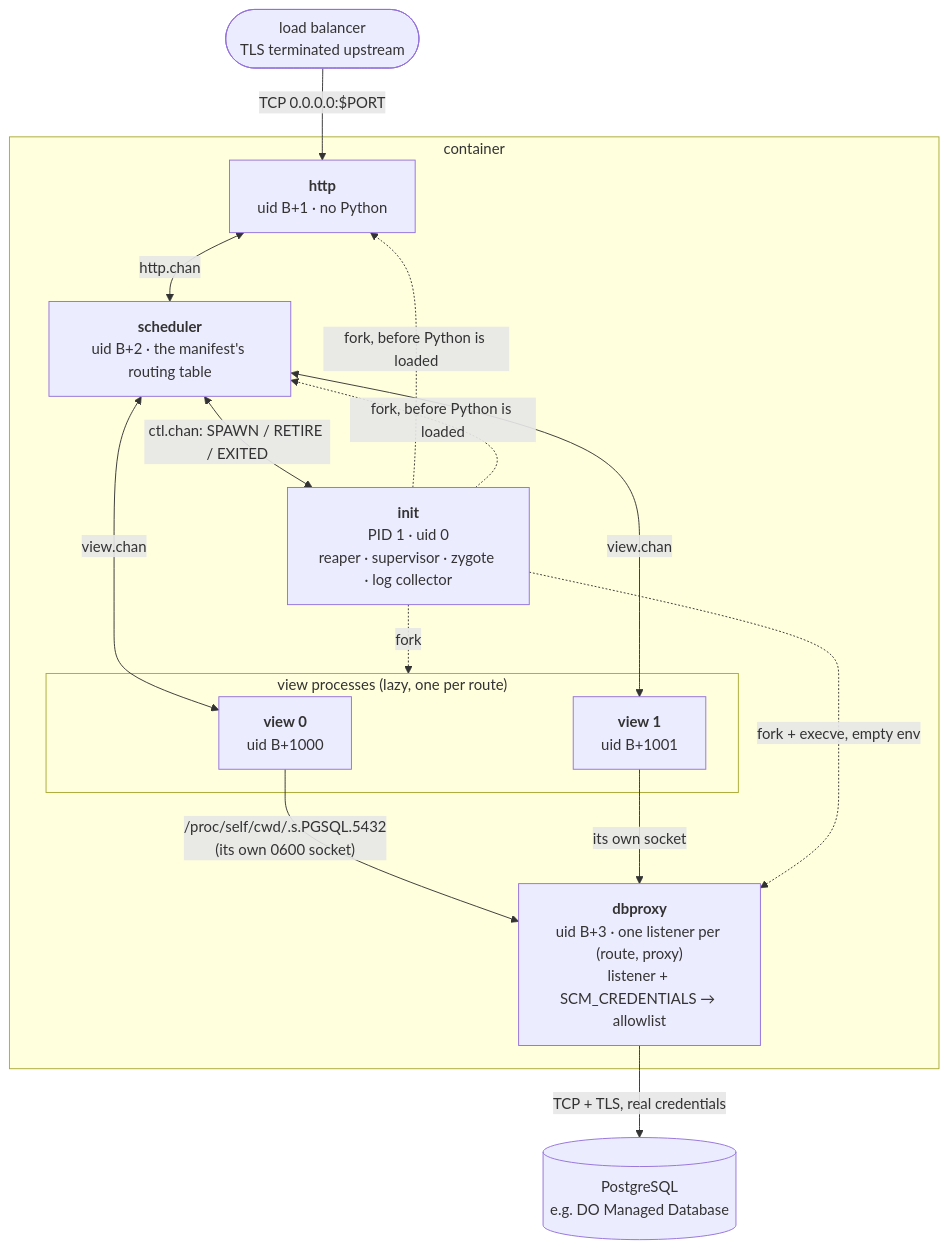
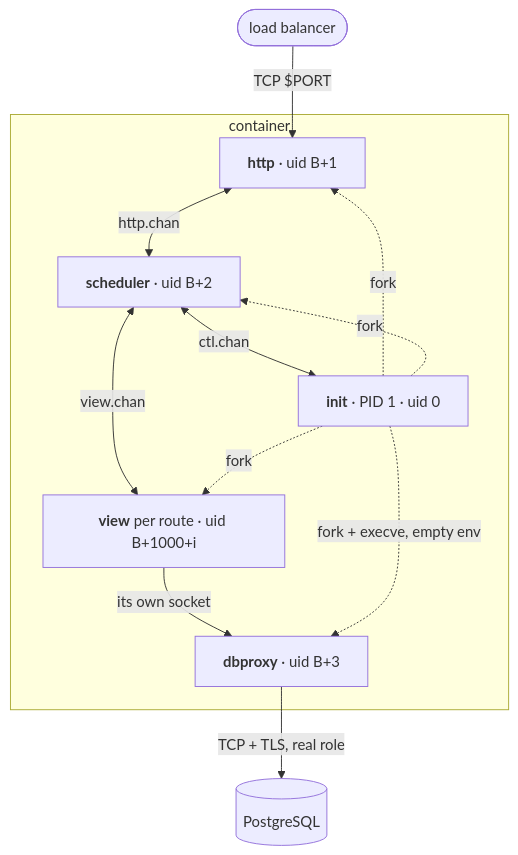
One commit to OffworldNexus/blastit changed the first of 2 diagrams in docs/how-it-works.md. Above: the diagram before and after it, drawn with Mermaid. The commit also changed other lines of this file and 6 other files, not shown here.

````diff
--- a/docs/how-it-works.md
+++ b/docs/how-it-works.md
@@ -26,30 +16,25 @@
 ```mermaid
 flowchart TB
-    lb(["load balancer<br/>TLS terminated upstream"])
-    pg[("PostgreSQL<br/>e.g. DO Managed Database")]
+    lb(["load balancer"])
+    pg[("PostgreSQL")]
 
     subgraph container["container"]
-        init["<b>init</b><br/>PID 1 · uid 0<br/>reaper · supervisor · zygote · log collector"]
-        http["<b>http</b><br/>uid B+1 · no Python"]
-        sched["<b>scheduler</b><br/>uid B+2 · the manifest's routing table"]
-        subgraph views["view processes (lazy, one per route)"]
-            v0["<b>view 0</b><br/>uid B+1000"]
-            v1["<b>view 1</b><br/>uid B+1001"]
-        end
-        dbproxy["<b>dbproxy</b><br/>uid B+3 · one listener per (route, proxy)<br/>listener + SCM_CREDENTIALS → allowlist"]
+        init["<b>init</b> · PID 1 · uid 0"]
+        http["<b>http</b> · uid B+1"]
+        sched["<b>scheduler</b> · uid B+2"]
+        v0["<b>view</b> per route · uid B+1000+i"]
+        dbproxy["<b>dbproxy</b> · uid B+3"]
     end
 
-    lb -- "TCP 0.0.0.0:$PORT" --> http
+    lb -- "TCP $PORT" --> http
     http <-- "http.chan" --> sched
-    sched <-- "ctl.chan: SPAWN / RETIRE / EXITED" --> init
+    sched <-- "ctl.chan" --> init
     sched <-- "view.chan" --> v0
-    sched <-- "view.chan" --> v1
-    v0 -- "/proc/self/cwd/.s.PGSQL.5432<br/>(its own 0600 socket)" --> dbproxy
-    v1 -- "its own socket" --> dbproxy
-    dbproxy -- "TCP + TLS, real credentials" --> pg
+    v0 -- "its own socket" --> dbproxy
+    dbproxy -- "TCP + TLS, real role" --> pg
 
+    init -. "fork" .-> http
+    init -. "fork" .-> sched
+    init -. "fork" .-> v0
     init -. "fork + execve, empty env" .-> dbproxy
-    init -. "fork, before Python is loaded" .-> http
-    init -. "fork, before Python is loaded" .-> sched
-    init -. "fork" .-> views
 ```
````
